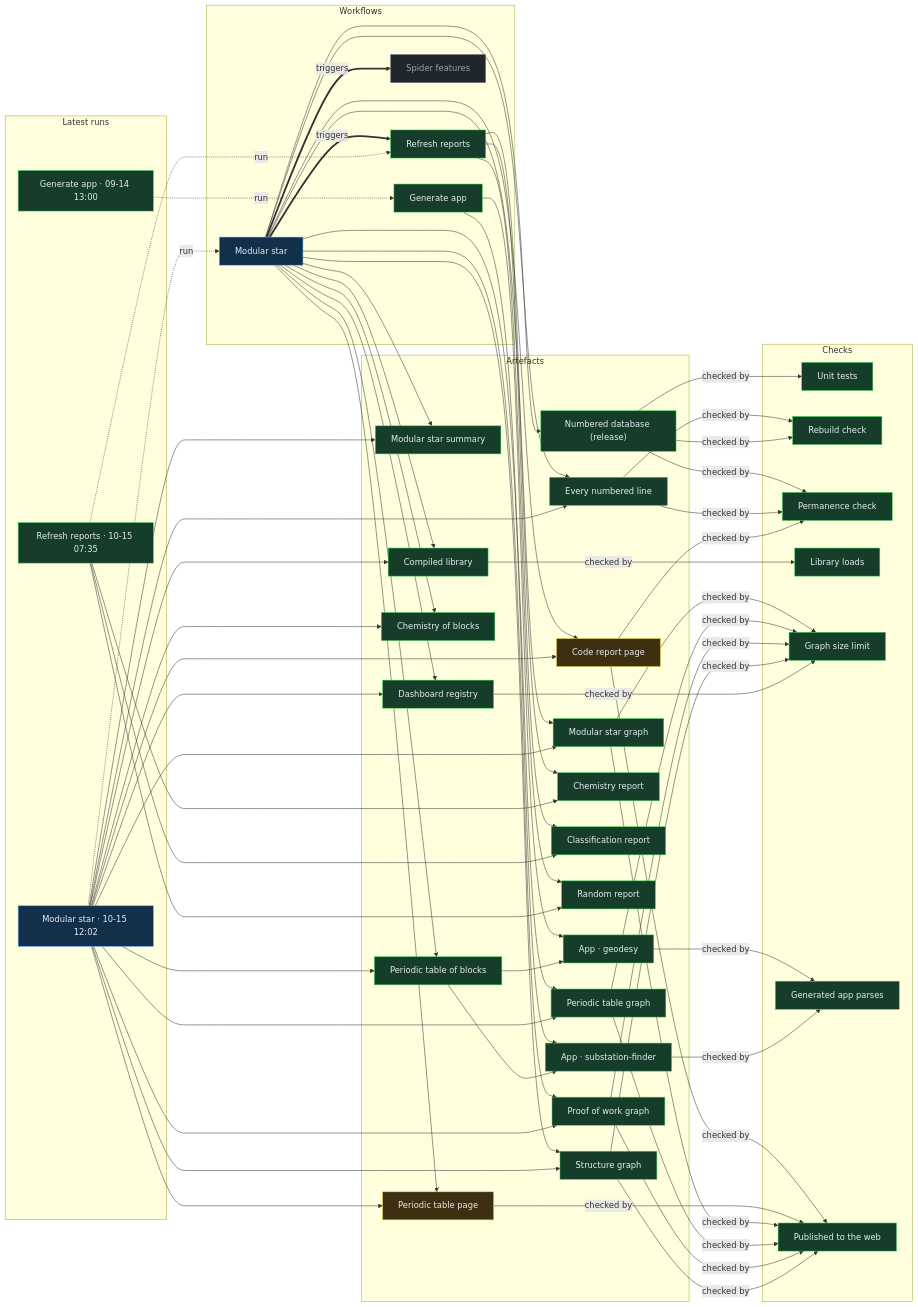
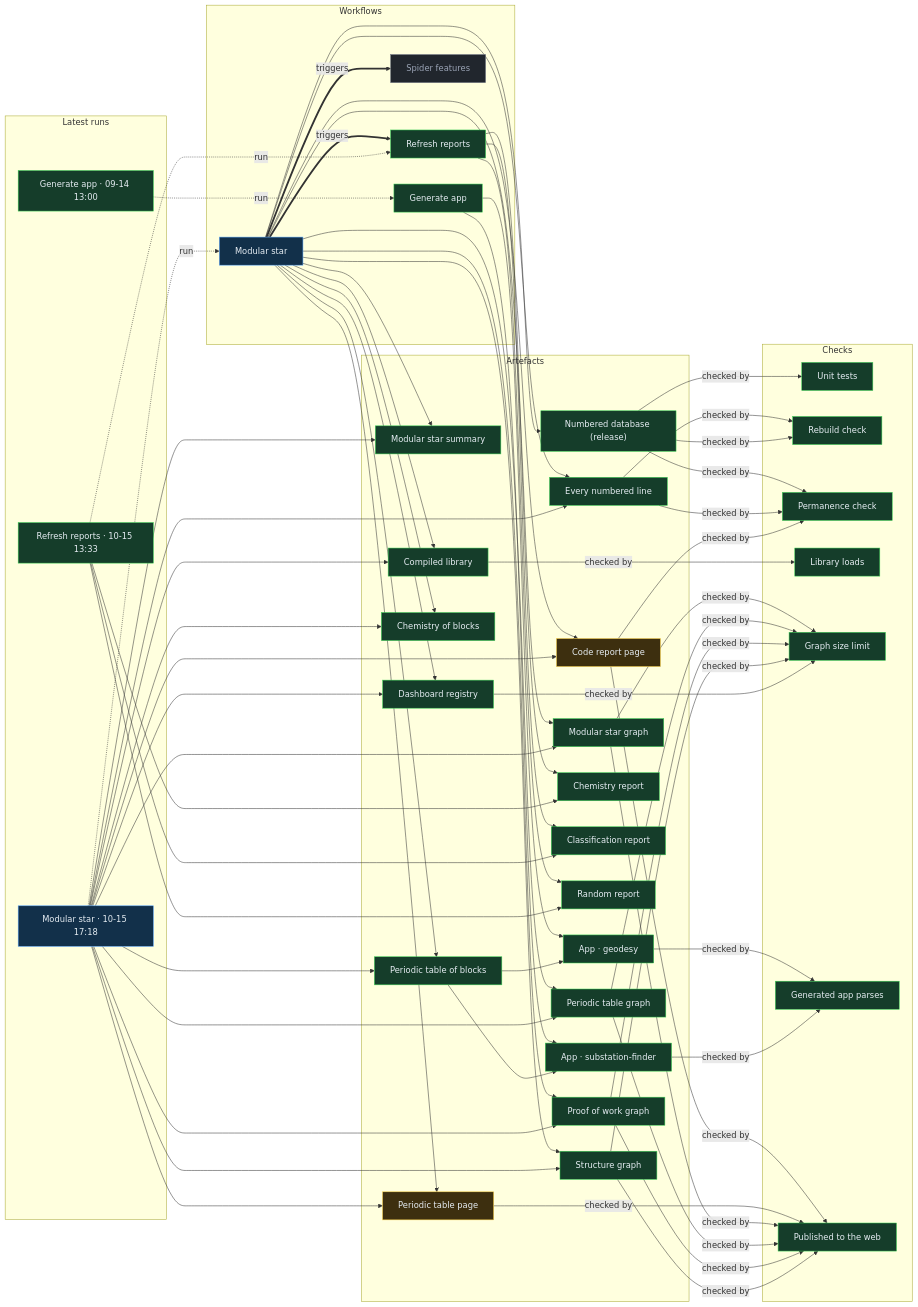
One commit to Ventusltd/stars changed the diagram in proof/PROOF.md. Above: the diagram before and after it, drawn with Mermaid. The commit also changed other lines of this file and 44 other files, not shown here.

Commit message:
Modular star 2026-10-15T17:21Z

```diff
--- a/proof/PROOF.md
+++ b/proof/PROOF.md
@@ -24,8 +24,8 @@
   n_wf_spider_features["Spider features"]:::off
   end
   subgraph g_runs["Latest runs"]
-  n_run_38731701589["Modular star · 10-15 12:02"]:::live
-  n_run_38699749460["Refresh reports · 10-15 07:35"]:::ok
+  n_run_38776300779["Modular star · 10-15 17:18"]:::live
+  n_run_38743649109["Refresh reports · 10-15 13:33"]:::ok
   n_run_34846587798["Generate app · 09-14 13:00"]:::ok
   end
   subgraph g_artefacts["Artefacts"]
@@ -59,39 +59,39 @@
   end
   n_wf_modular_star == triggers ==> n_wf_refresh
   n_wf_modular_star == triggers ==> n_wf_spider_features
-  n_run_38731701589 -. run .-> n_wf_modular_star
-  n_run_38699749460 -. run .-> n_wf_refresh
+  n_run_38776300779 -. run .-> n_wf_modular_star
+  n_run_38743649109 -. run .-> n_wf_refresh
   n_run_34846587798 -. run .-> n_wf_generate
   n_wf_modular_star --> n_art_summary
-  n_run_38731701589 --> n_art_summary
+  n_run_38776300779 --> n_art_summary
   n_wf_modular_star --> n_art_lines
-  n_run_38731701589 --> n_art_lines
+  n_run_38776300779 --> n_art_lines
   n_wf_modular_star --> n_art_code
-  n_run_38731701589 --> n_art_code
+  n_run_38776300779 --> n_art_code
   n_wf_modular_star --> n_art_modular_graph
-  n_run_38731701589 --> n_art_modular_graph
+  n_run_38776300779 --> n_art_modular_graph
   n_wf_modular_star --> n_art_blocks
-  n_run_38731701589 --> n_art_blocks
+  n_run_38776300779 --> n_art_blocks
   n_wf_modular_star --> n_art_table
-  n_run_38731701589 --> n_art_table
+  n_run_38776300779 --> n_art_table
   n_wf_modular_star --> n_art_blocks_graph
-  n_run_38731701589 --> n_art_blocks_graph
+  n_run_38776300779 --> n_art_blocks_graph
   n_wf_modular_star --> n_art_reactions
-  n_run_38731701589 --> n_art_reactions
+  n_run_38776300779 --> n_art_reactions
   n_wf_modular_star --> n_art_library
-  n_run_38731701589 --> n_art_library
+  n_run_38776300779 --> n_art_library
   n_wf_modular_star --> n_art_features
-  n_run_38731701589 --> n_art_features
+  n_run_38776300779 --> n_art_features
   n_wf_modular_star --> n_art_proof
-  n_run_38731701589 --> n_art_proof
+  n_run_38776300779 --> n_art_proof
   n_wf_modular_star --> n_art_structure
-  n_run_38731701589 --> n_art_structure
+  n_run_38776300779 --> n_art_structure
   n_wf_refresh --> n_art_chemistry
-  n_run_38699749460 --> n_art_chemistry
+  n_run_38743649109 --> n_art_chemistry
   n_wf_refresh --> n_art_vedic
-  n_run_38699749460 --> n_art_vedic
+  n_run_38743649109 --> n_art_vedic
   n_wf_refresh --> n_art_random
-  n_run_38699749460 --> n_art_random
+  n_run_38743649109 --> n_art_random
   n_wf_modular_star --> n_art_release
   n_wf_generate --> n_app_geodesy
   n_art_blocks --> n_app_geodesy
```
